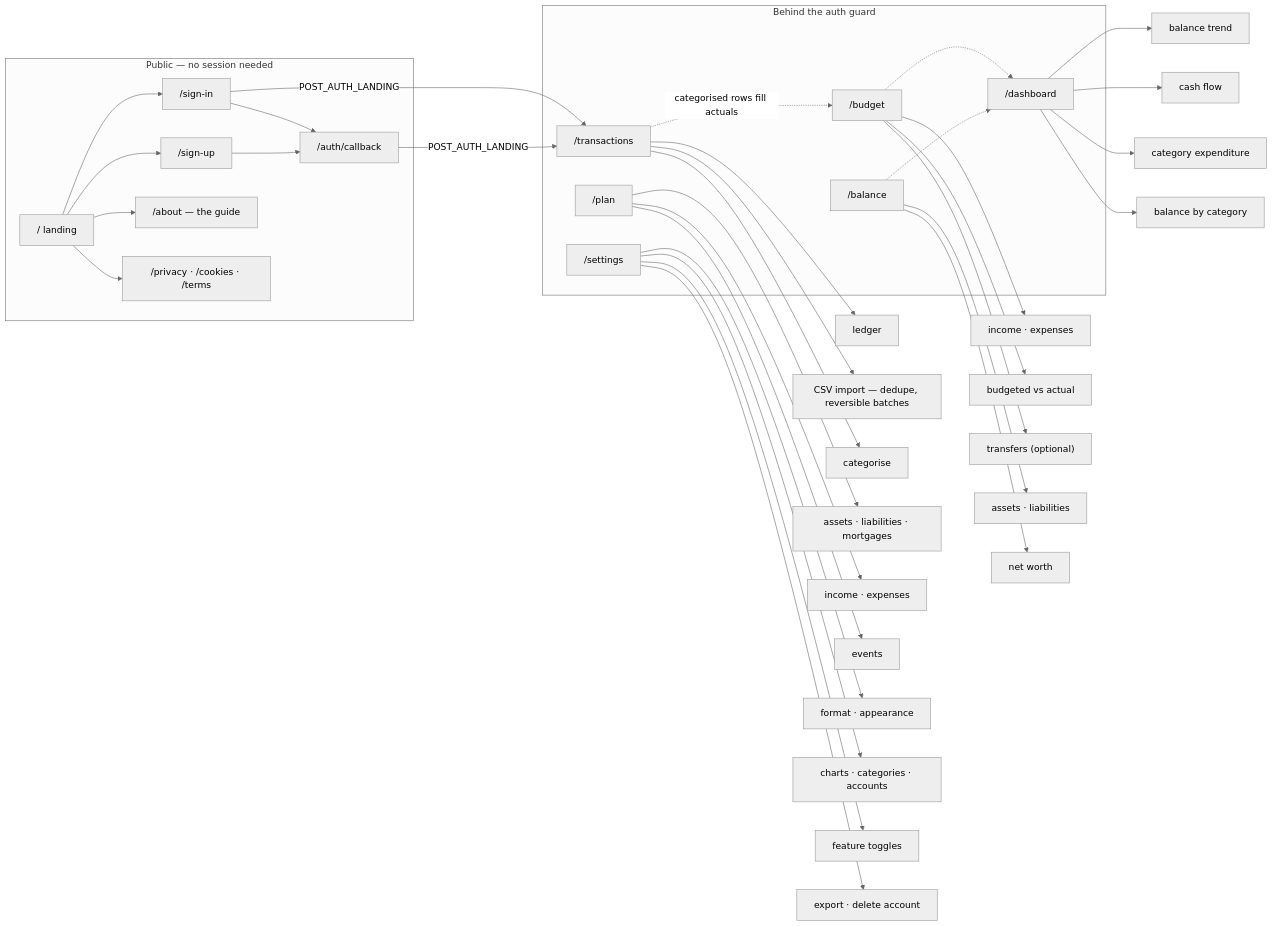
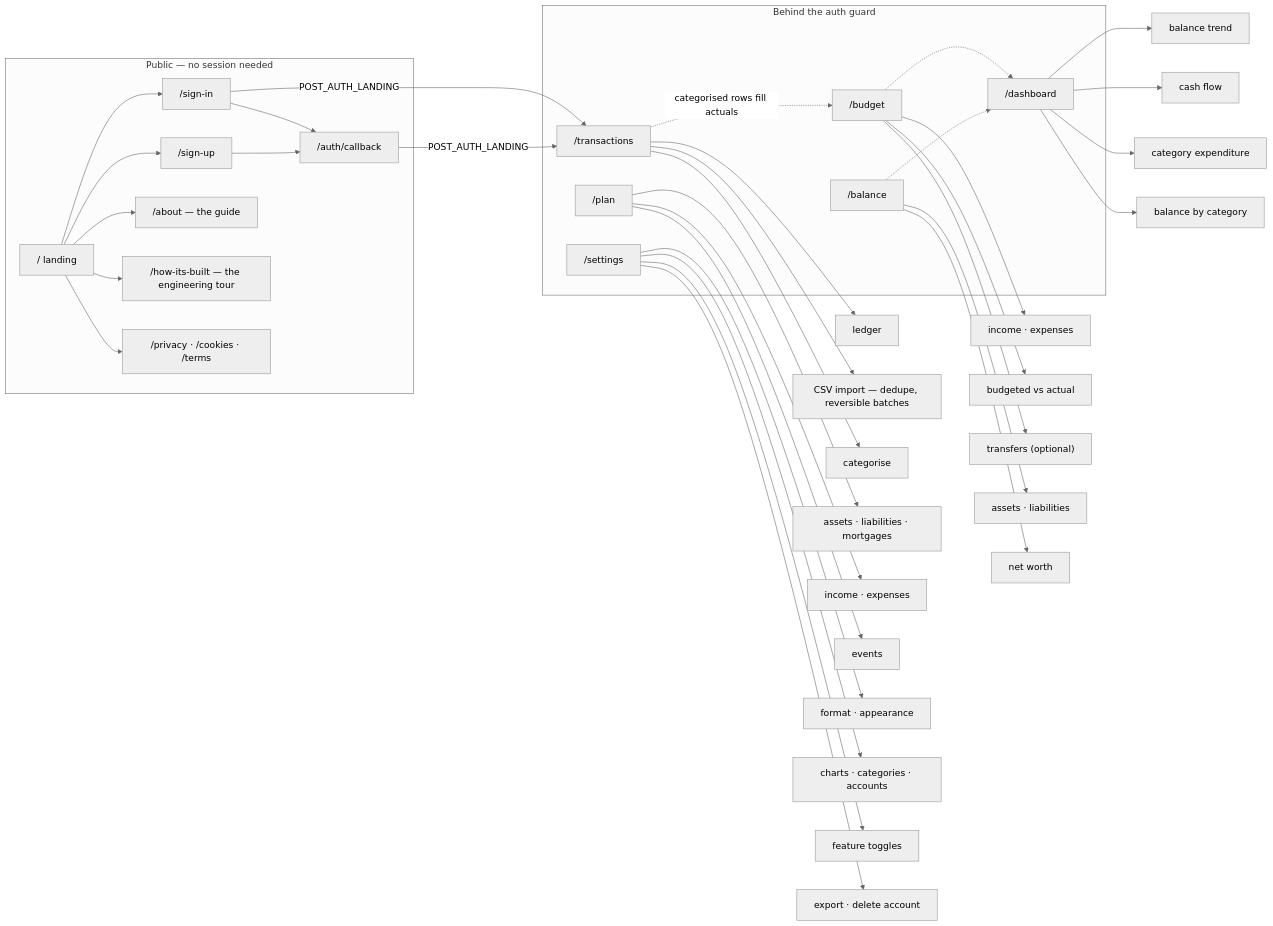
The diagram in docs/SiteMap.md (JRRS1982/halcyon), drawn with Mermaid (neutral theme) before and after one commit. The commit also changed other lines of this file and 12 other files, not shown here.

````diff
--- a/docs/SiteMap.md
+++ b/docs/SiteMap.md
@@ -7,58 +7,60 @@
 ```mermaid
 flowchart LR
     subgraph public ["Public — no session needed"]
         HOME["/ landing"]
         SI["/sign-in"]
         SU["/sign-up"]
         CB["/auth/callback"]
         ABOUT["/about — the guide"]
+        BUILT["/how-its-built — the engineering tour"]
         LEGAL["/privacy · /cookies · /terms"]
     end
 
     subgraph guarded ["Behind the auth guard"]
         TX["/transactions"]
         BUD["/budget"]
         BAL["/balance"]
         DASH["/dashboard"]
         PLAN["/plan"]
         SET["/settings"]
     end
 
     HOME --> SI
     HOME --> SU
     HOME --> ABOUT
+    HOME --> BUILT
     HOME --> LEGAL
     SI --> CB
     SU --> CB
     SI -->|POST_AUTH_LANDING| TX
     CB -->|POST_AUTH_LANDING| TX
 
     TX --> TX1["ledger"]
     TX --> TX2["CSV import — dedupe, reversible batches"]
     TX --> TX3["categorise"]
 
     BUD --> BUD1["income · expenses"]
     BUD --> BUD2["budgeted vs actual"]
     BUD --> BUD3["transfers (optional)"]
 
     BAL --> BAL1["assets · liabilities"]
     BAL --> BAL2["net worth"]
 
     DASH --> D1["balance trend"]
     DASH --> D2["cash flow"]
     DASH --> D3["category expenditure"]
     DASH --> D4["balance by category"]
 
     PLAN --> P1["assets · liabilities · mortgages"]
     PLAN --> P2["income · expenses"]
     PLAN --> P3["events"]
 
     SET --> S1["format · appearance"]
     SET --> S2["charts · categories · accounts"]
     SET --> S3["feature toggles"]
     SET --> S4["export · delete account"]
 
     TX -.->|categorised rows fill actuals| BUD
     BUD -.-> DASH
     BAL -.-> DASH
 ```
````
